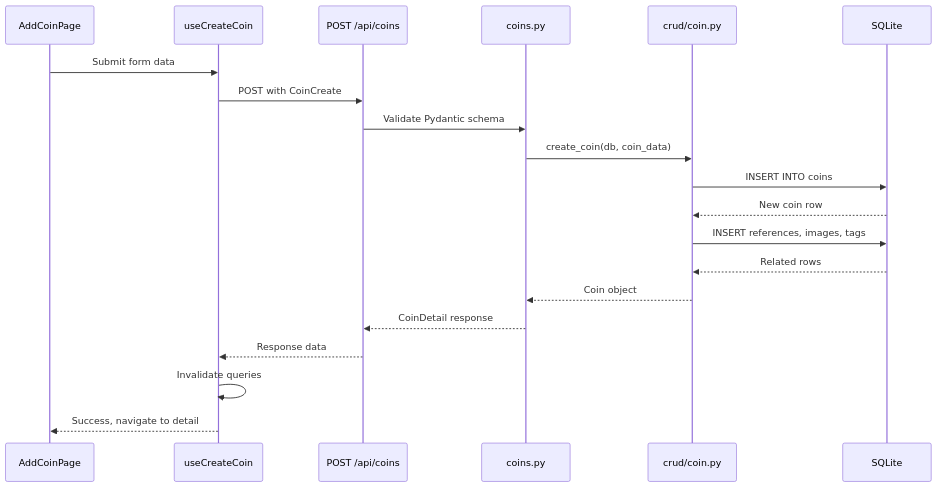
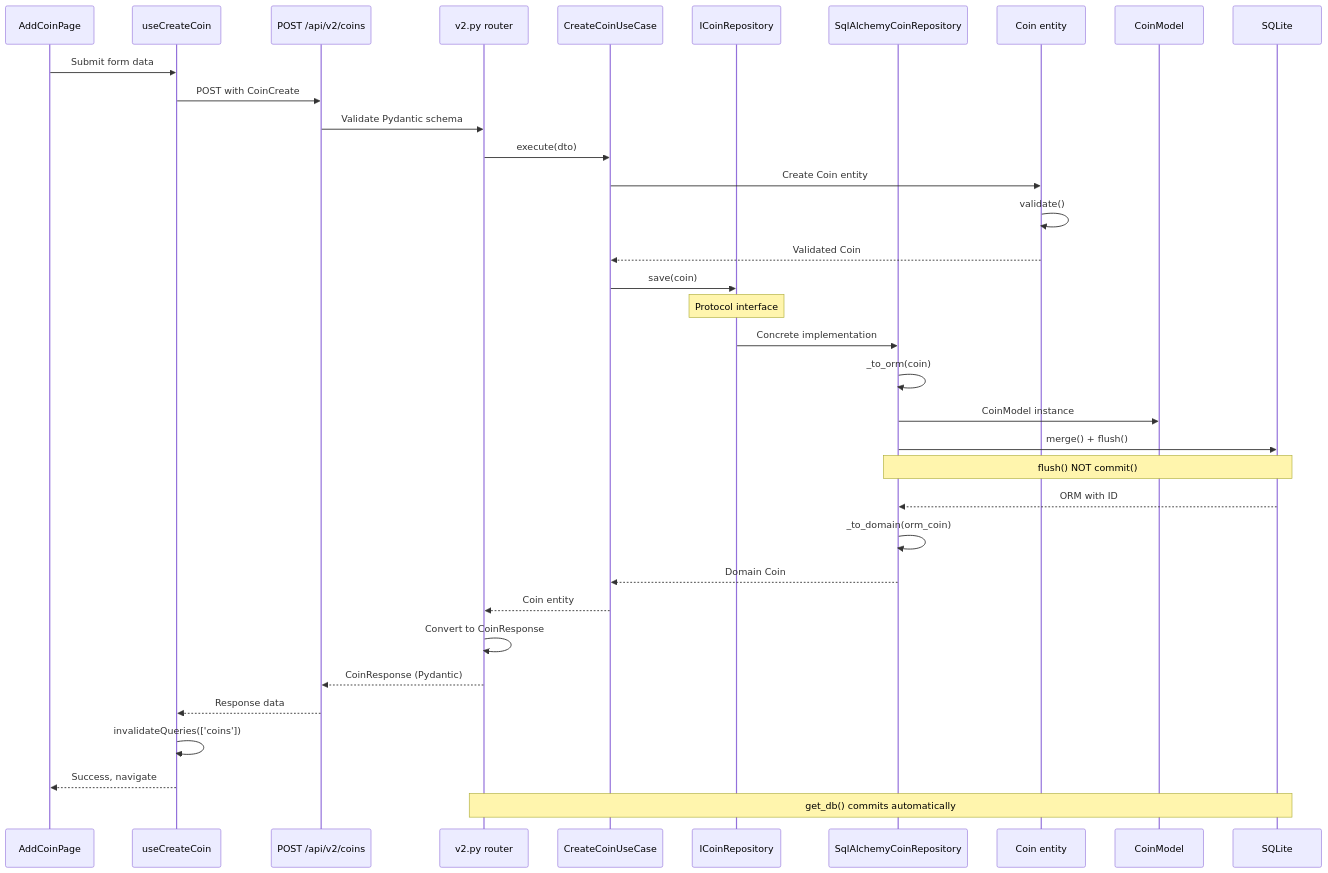
Before and after one commit to isayev/coinstack: the first of 18 diagrams in docs/ai-guide/06-DATA-FLOWS.md, drawn with Mermaid. The commit also changed other lines of this file and 6 other files, not shown here.

````diff
--- a/docs/ai-guide/06-DATA-FLOWS.md
+++ b/docs/ai-guide/06-DATA-FLOWS.md
@@ -7,23 +47,38 @@
 ```mermaid
 sequenceDiagram
     participant UI as AddCoinPage
     participant Hook as useCreateCoin
-    participant API as POST /api/coins
-    participant Router as coins.py
-    participant CRUD as crud/coin.py
+    participant API as POST /api/v2/coins
+    participant Router as v2.py router
+    participant UseCase as CreateCoinUseCase
+    participant Repo as ICoinRepository
+    participant RepoImpl as SqlAlchemyCoinRepository
+    participant Domain as Coin entity
+    participant ORM as CoinModel
     participant DB as SQLite
 
     UI->>Hook: Submit form data
     Hook->>API: POST with CoinCreate
     API->>Router: Validate Pydantic schema
-    Router->>CRUD: create_coin(db, coin_data)
-    CRUD->>DB: INSERT INTO coins
-    DB-->>CRUD: New coin row
-    CRUD->>DB: INSERT references, images, tags
-    DB-->>CRUD: Related rows
-    CRUD-->>Router: Coin object
-    Router-->>API: CoinDetail response
+    Router->>UseCase: execute(dto)
+    UseCase->>Domain: Create Coin entity
+    Domain->>Domain: validate()
+    Domain-->>UseCase: Validated Coin
+    UseCase->>Repo: save(coin)
+    Note over Repo: Protocol interface
+    Repo->>RepoImpl: Concrete implementation
+    RepoImpl->>RepoImpl: _to_orm(coin)
+    RepoImpl->>ORM: CoinModel instance
+    RepoImpl->>DB: merge() + flush()
+    Note over RepoImpl,DB: flush() NOT commit()
+    DB-->>RepoImpl: ORM with ID
+    RepoImpl->>RepoImpl: _to_domain(orm_coin)
+    RepoImpl-->>UseCase: Domain Coin
+    UseCase-->>Router: Coin entity
+    Router->>Router: Convert to CoinResponse
+    Router-->>API: CoinResponse (Pydantic)
     API-->>Hook: Response data
-    Hook->>Hook: Invalidate queries
-    Hook-->>UI: Success, navigate to detail
+    Hook->>Hook: invalidateQueries(['coins'])
+    Hook-->>UI: Success, navigate
+    Note over Router,DB: get_db() commits automatically
 ```
````
